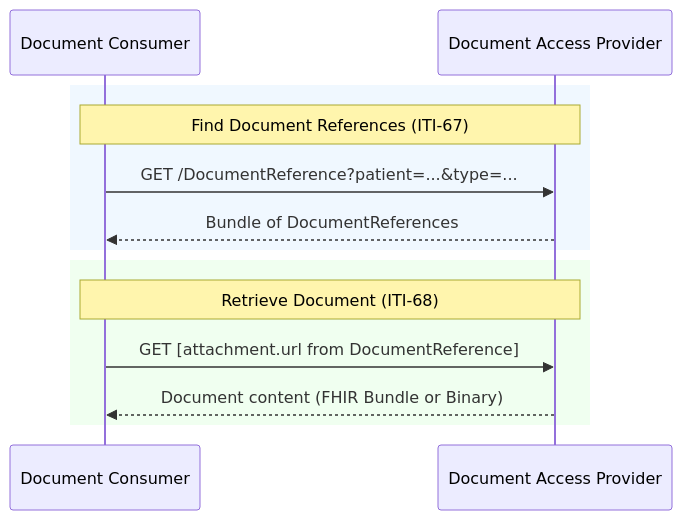
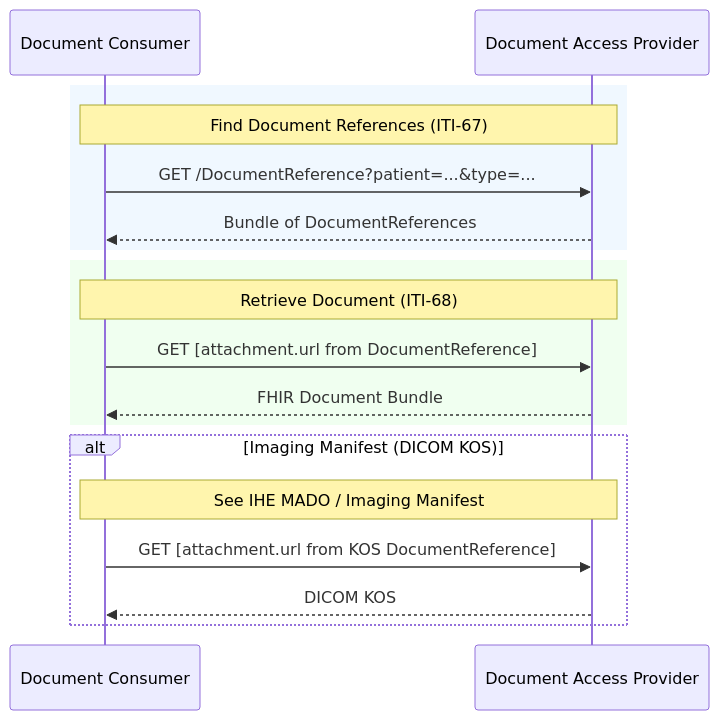
The diagram in input/pagecontent/document-exchange.md (euridice-org/eu-health-data-api), drawn with Mermaid before and after one commit. The commit also changed other lines of this file and 9 other files, not shown here.

````diff
--- a/input/pagecontent/document-exchange.md
+++ b/input/pagecontent/document-exchange.md
@@ -35,17 +35,23 @@
 ```mermaid
 sequenceDiagram
     participant Consumer as Document Consumer
     participant Provider as Document Access Provider
 
     rect rgb(240, 248, 255)
     Note over Consumer,Provider: Find Document References (ITI-67)
     Consumer->>Provider: GET /DocumentReference?patient=...&type=...
     Provider-->>Consumer: Bundle of DocumentReferences
     end
 
     rect rgb(240, 255, 240)
     Note over Consumer,Provider: Retrieve Document (ITI-68)
     Consumer->>Provider: GET [attachment.url from DocumentReference]
-    Provider-->>Consumer: Document content (FHIR Bundle or Binary)
+    Provider-->>Consumer: FHIR Document Bundle
+    end
+
+    alt Imaging Manifest (DICOM KOS)
+    Note over Consumer,Provider: See IHE MADO / Imaging Manifest
+    Consumer->>Provider: GET [attachment.url from KOS DocumentReference]
+    Provider-->>Consumer: DICOM KOS
     end
 ```
````
